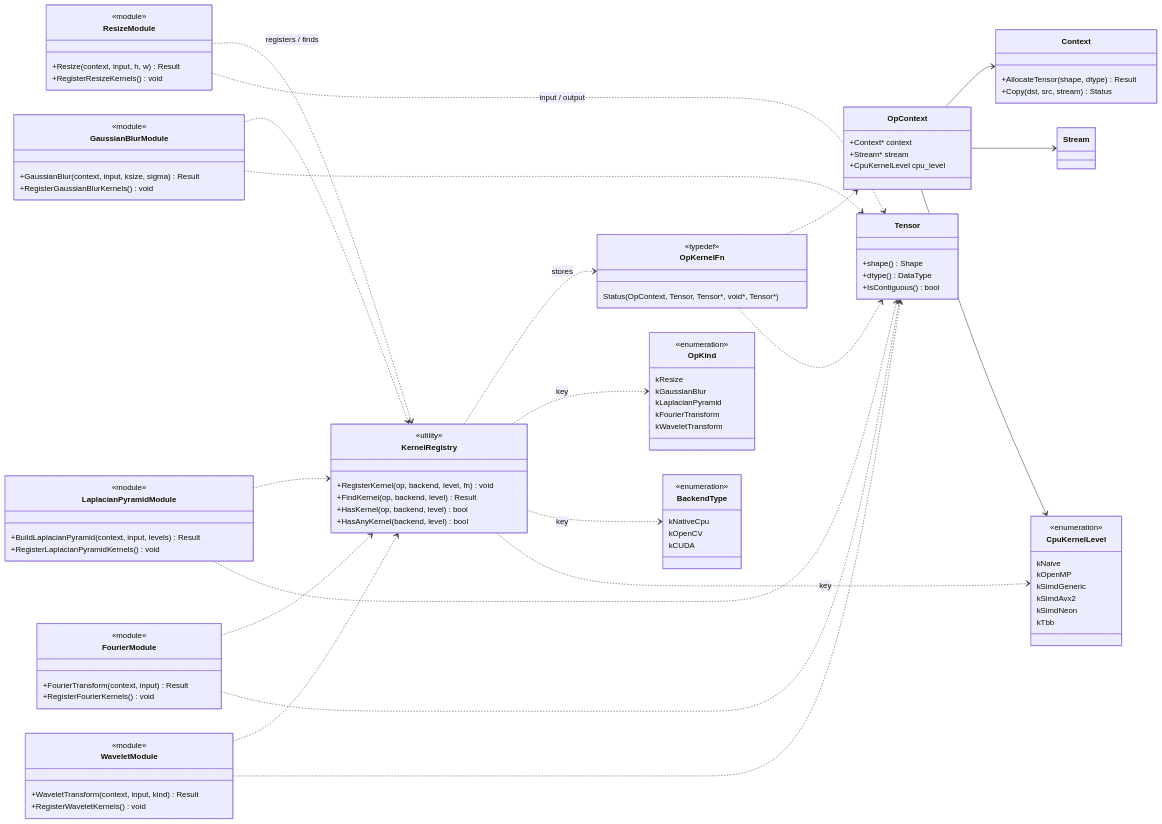
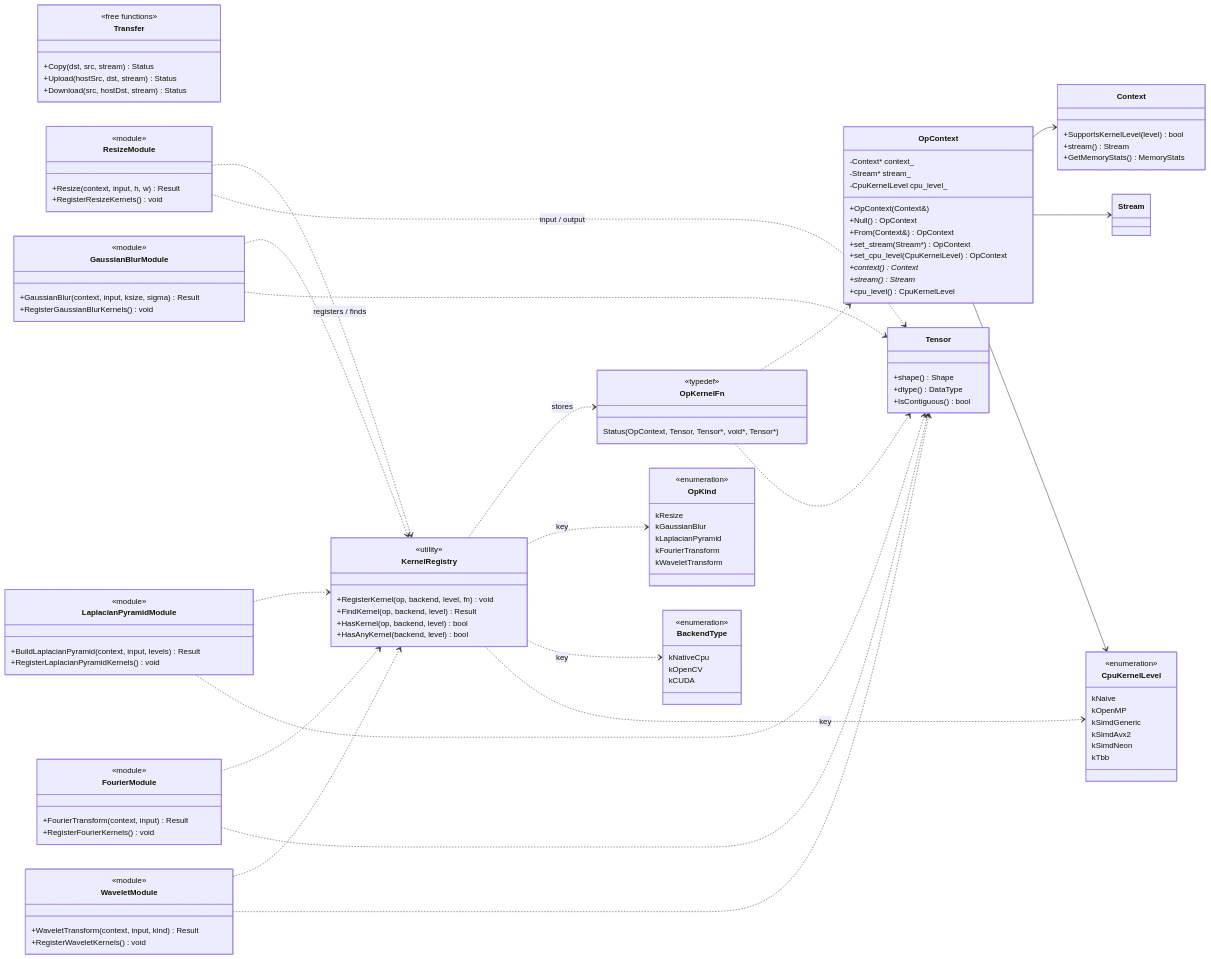
The third of 3 diagrams in docs/architecture.md (CourtJadeLiquor/hpcplatform), drawn with Mermaid before and after one commit. The commit also changed other lines of this file and 75 other files, not shown here.

```diff
--- a/docs/architecture.md
+++ b/docs/architecture.md
@@ -636,20 +653,36 @@
   direction LR
 
   class OpContext {
-    +Context* context
-    +Stream* stream
-    +CpuKernelLevel cpu_level
+    -Context* context_
+    -Stream* stream_
+    -CpuKernelLevel cpu_level_
+    +OpContext(Context&)
+    +Null() OpContext
+    +From(Context&) OpContext
+    +set_stream(Stream*) OpContext
+    +set_cpu_level(CpuKernelLevel) OpContext
+    +context() Context*
+    +stream() Stream*
+    +cpu_level() CpuKernelLevel
   }
 
   class Context {
-    +AllocateTensor(shape, dtype) Result
-    +Copy(dst, src, stream) Status
+    +SupportsKernelLevel(level) bool
+    +stream() Stream
+    +GetMemoryStats() MemoryStats
   }
 
   class Tensor {
     +shape() Shape
     +dtype() DataType
     +IsContiguous() bool
+  }
+
+  class Transfer {
+    <<free functions>>
+    +Copy(dst, src, stream) Status
+    +Upload(hostSrc, dst, stream) Status
+    +Download(src, hostDst, stream) Status
   }
 
   class OpKind {
```
